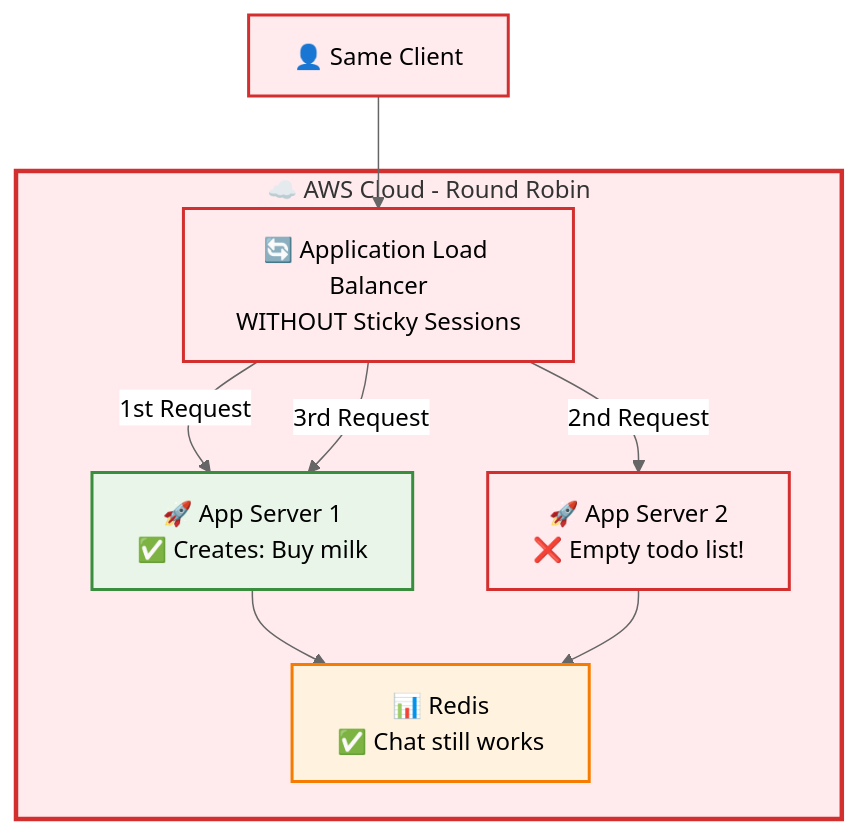
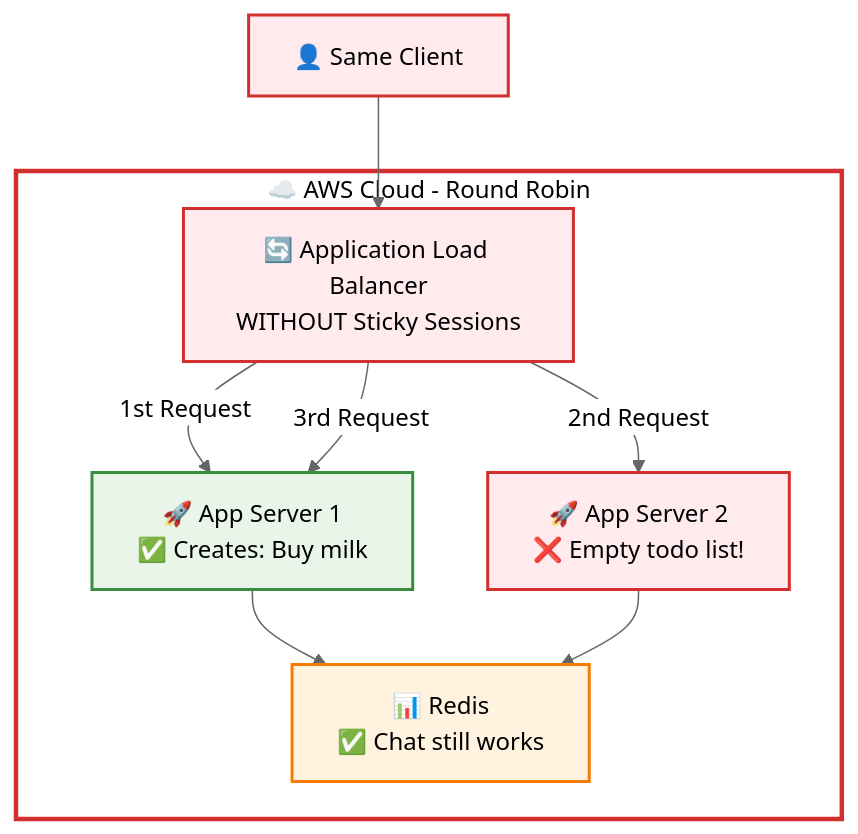
The second of 2 diagrams in README.md (Jilan5/mermaid-tester), drawn with Mermaid (neutral theme) before and after one commit. The commit also changed other lines of this file, not shown here.

````diff
--- a/README.md
+++ b/README.md
@@ -36,32 +36,32 @@
 ```mermaid
 flowchart TD
     SC[👤 Same Client] --> ALBRR[🔄 Application Load Balancer<br/>WITHOUT Sticky Sessions]
     
     ALBRR -->|1st Request| AS1[🚀 App Server 1<br/>✅ Creates: Buy milk]
     ALBRR -->|2nd Request| AS2[🚀 App Server 2<br/>❌ Empty todo list!]
     ALBRR -->|3rd Request| AS1
     
     AS1 --> RR[📊 Redis<br/>✅ Chat still works]
     AS2 --> RR
     
     subgraph AWSRR["☁️ AWS Cloud - Round Robin"]
         ALBRR
         AS1
         AS2
         RR
     end
     
-    classDef client fill:#ffebee,stroke:#d32f2f,stroke-width:2px
-    classDef alb fill:#ffebee,stroke:#d32f2f,stroke-width:2px
-    classDef server1 fill:#e8f5e8,stroke:#388e3c,stroke-width:2px
-    classDef server2 fill:#ffebee,stroke:#d32f2f,stroke-width:2px
-    classDef redis fill:#fff3e0,stroke:#f57c00,stroke-width:2px
-    classDef aws fill:#ffebee,stroke:#d32f2f,stroke-width:3px
+    classDef client fill:#ffebee,stroke:#d32f2f,stroke-width:2px,color:#000
+    classDef alb fill:#ffebee,stroke:#d32f2f,stroke-width:2px,color:#000
+    classDef server1 fill:#e8f5e8,stroke:#388e3c,stroke-width:2px,color:#000
+    classDef server2 fill:#ffebee,stroke:#d32f2f,stroke-width:2px,color:#000
+    classDef redis fill:#fff3e0,stroke:#f57c00,stroke-width:2px,color:#000
+    classDef aws fill:none,stroke:#d32f2f,stroke-width:3px,color:#000
     
     class SC client
     class ALBRR alb
     class AS1 server1
     class AS2 server2
     class RR redis
     class AWSRR aws
 ```
````
